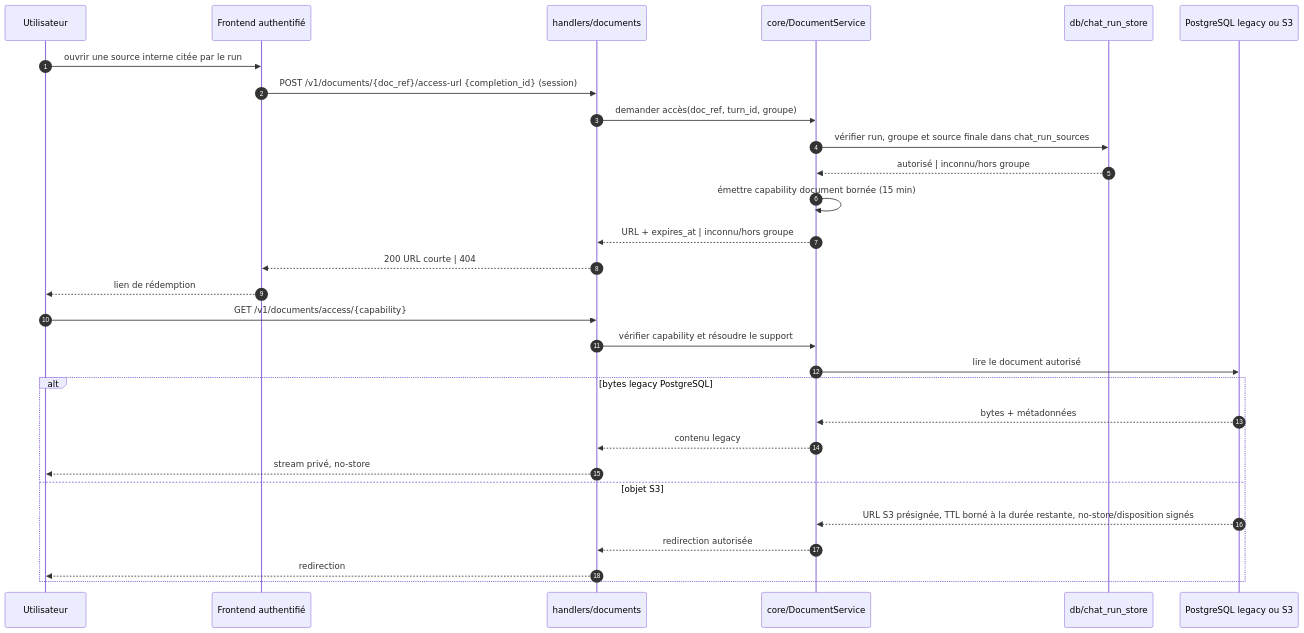
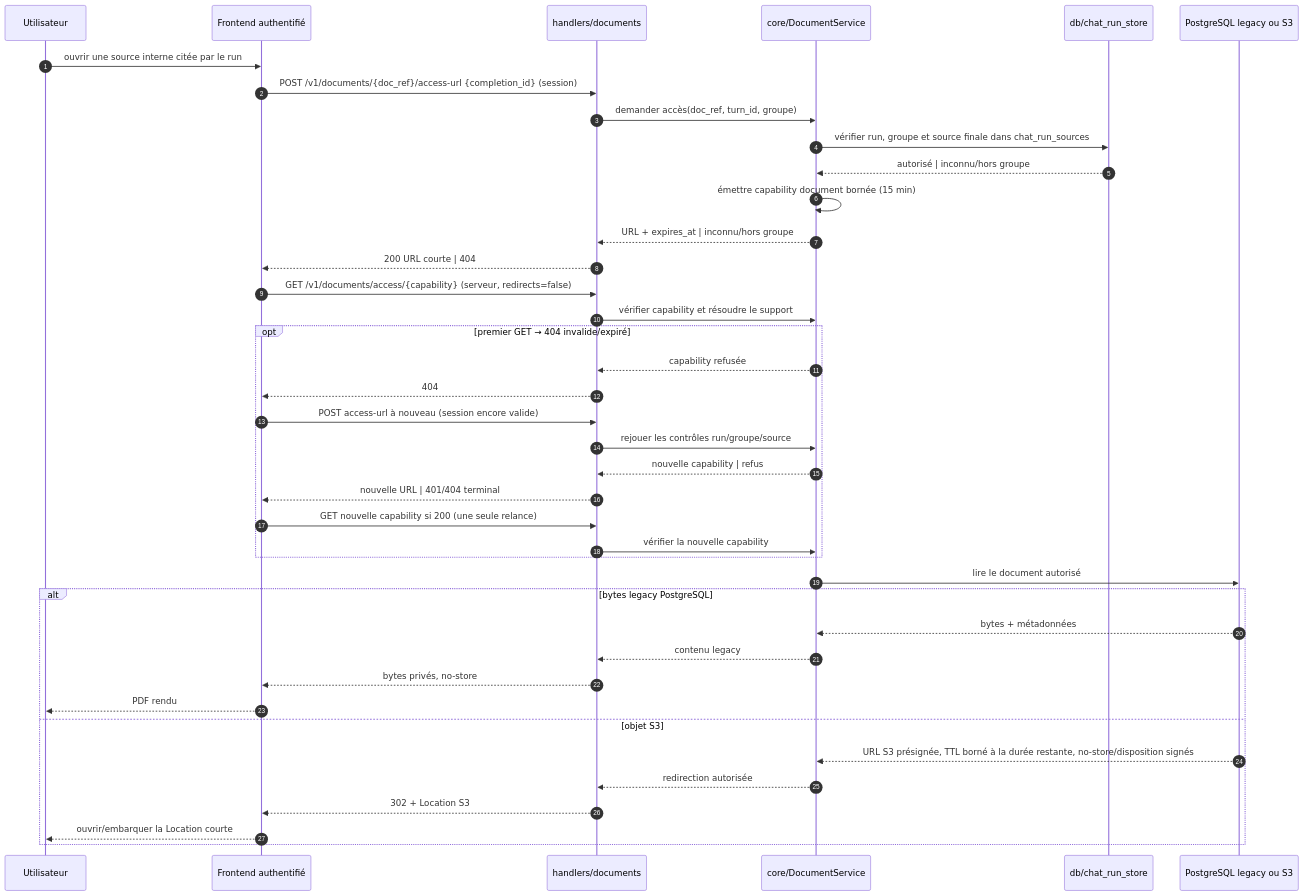
The sixth of 8 diagrams in docs/architecture/hexagonal-split/03-sequence-diagrams.md (DGAFP/assistant-rh), drawn with Mermaid before and after one commit. The commit also changed other lines of this file and 5 other files, not shown here.

````diff
--- a/docs/architecture/hexagonal-split/03-sequence-diagrams.md
+++ b/docs/architecture/hexagonal-split/03-sequence-diagrams.md
@@ -153,32 +162,43 @@
 ```mermaid
 sequenceDiagram
     autonumber
     participant U as Utilisateur
     participant F as Frontend authentifié
     participant API as handlers/documents
     participant DS as core/DocumentService
     participant CR as db/chat_run_store
     participant DOC as PostgreSQL legacy ou S3
 
     U->>F: ouvrir une source interne citée par le run
     F->>API: POST /v1/documents/{doc_ref}/access-url {completion_id} (session)
     API->>DS: demander accès(doc_ref, turn_id, groupe)
     DS->>CR: vérifier run, groupe et source finale dans chat_run_sources
     CR-->>DS: autorisé | inconnu/hors groupe
     DS->>DS: émettre capability document bornée (15 min)
     DS-->>API: URL + expires_at | inconnu/hors groupe
     API-->>F: 200 URL courte | 404
-    F-->>U: lien de rédemption
-    U->>API: GET /v1/documents/access/{capability}
+    F->>API: GET /v1/documents/access/{capability} (serveur, redirects=false)
     API->>DS: vérifier capability et résoudre le support
+    opt premier GET → 404 invalide/expiré
+        DS-->>API: capability refusée
+        API-->>F: 404
+        F->>API: POST access-url à nouveau (session encore valide)
+        API->>DS: rejouer les contrôles run/groupe/source
+        DS-->>API: nouvelle capability | refus
+        API-->>F: nouvelle URL | 401/404 terminal
+        F->>API: GET nouvelle capability si 200 (une seule relance)
+        API->>DS: vérifier la nouvelle capability
+    end
     DS->>DOC: lire le document autorisé
     alt bytes legacy PostgreSQL
         DOC-->>DS: bytes + métadonnées
         DS-->>API: contenu legacy
-        API-->>U: stream privé, no-store
+        API-->>F: bytes privés, no-store
+        F-->>U: PDF rendu
     else objet S3
         DOC-->>DS: URL S3 présignée, TTL borné à la durée restante, no-store/disposition signés
         DS-->>API: redirection autorisée
-        API-->>U: redirection
+        API-->>F: 302 + Location S3
+        F-->>U: ouvrir/embarquer la Location courte
     end
 ```
````
